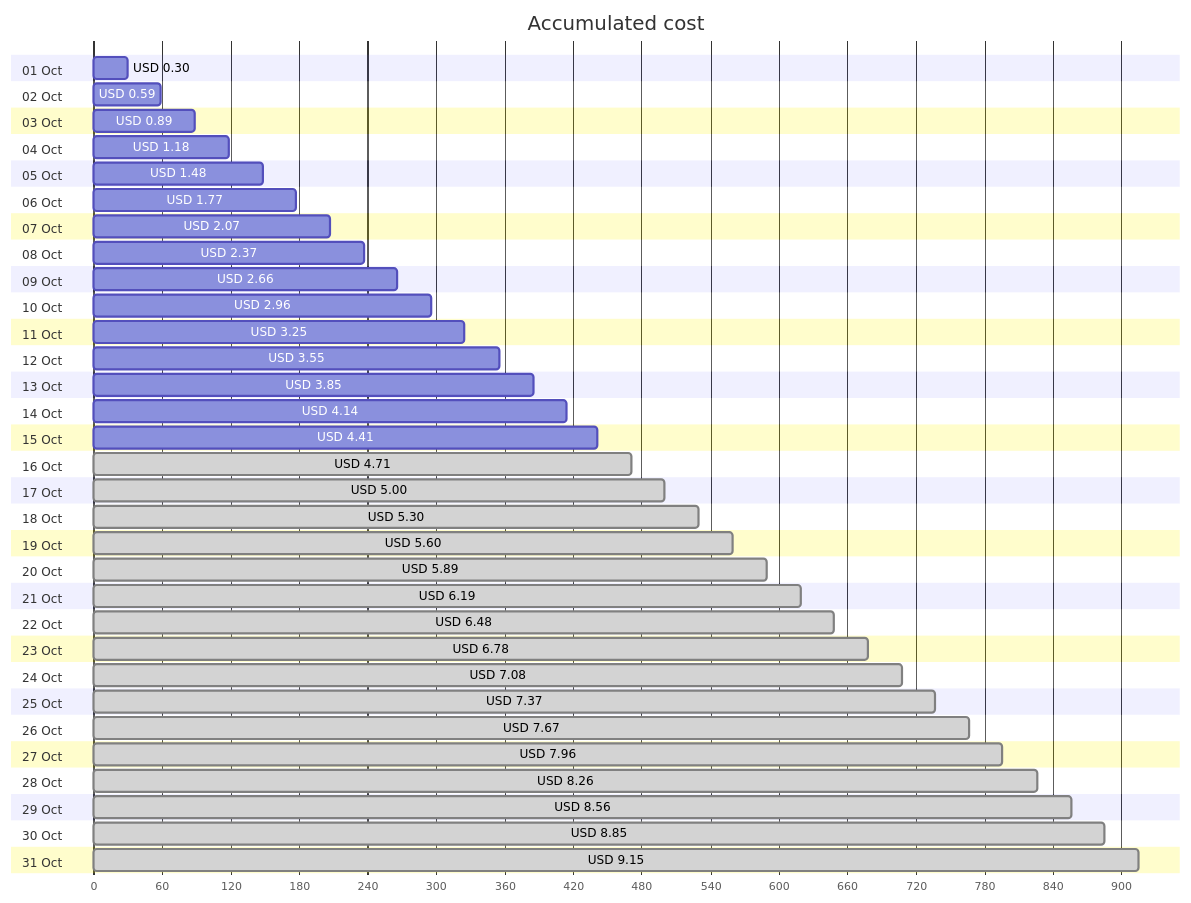
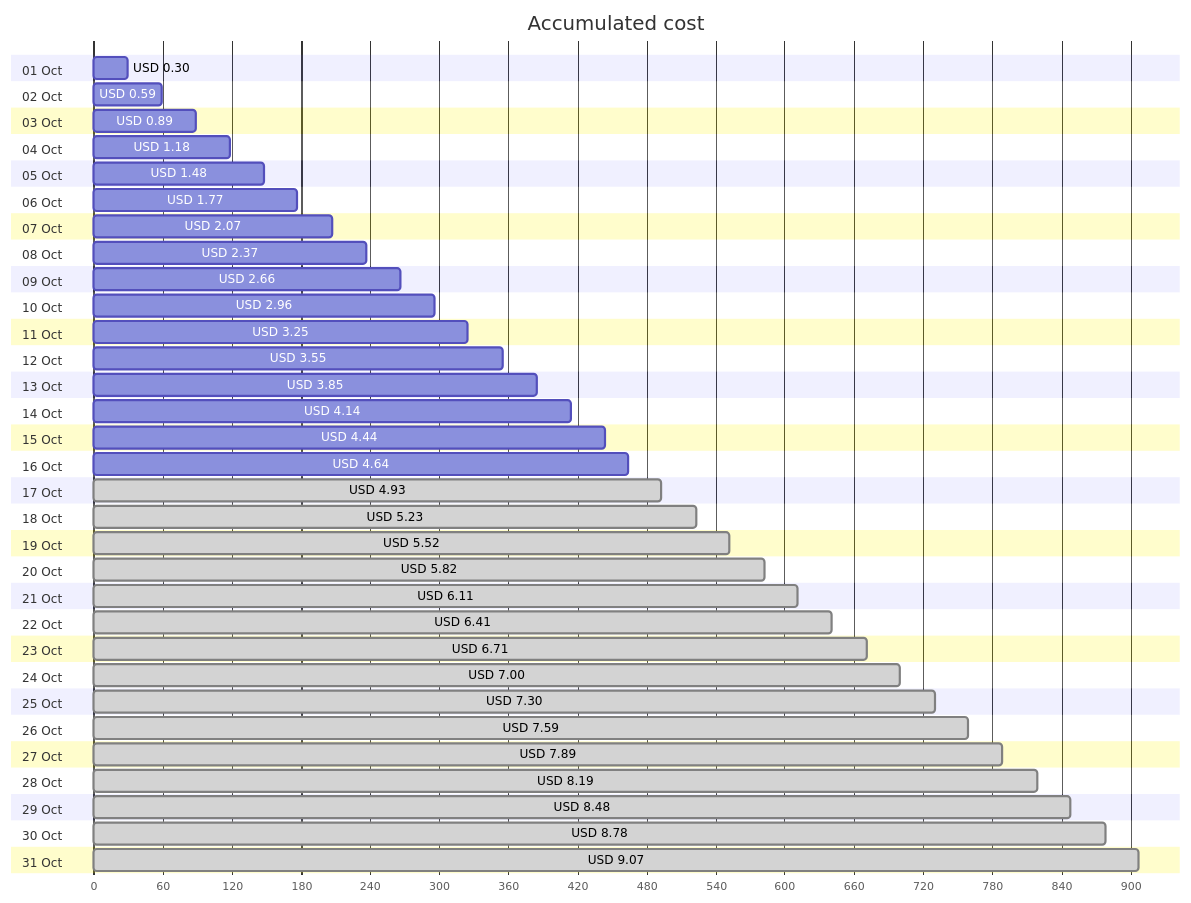
Before and after one commit to jpfulton/azure-personal-reports: the first of 4 diagrams in cost-reports/personal-site/personal-site.md, drawn with Mermaid. The commit also changed other lines of this file and 7 other files, not shown here.

````diff
--- a/cost-reports/personal-site/personal-site.md
+++ b/cost-reports/personal-site/personal-site.md
@@ -20,68 +20,68 @@
 ```mermaid
 gantt
    title Accumulated cost
    dateFormat  X
    axisFormat %s
    section 01 Oct
    USD 0.30 :0, 30
    section 02 Oct
    USD 0.59 :0, 59
    section 03 Oct
    USD 0.89 :0, 89
    section 04 Oct
    USD 1.18 :0, 118
    section 05 Oct
    USD 1.48 :0, 148
    section 06 Oct
    USD 1.77 :0, 177
    section 07 Oct
    USD 2.07 :0, 207
    section 08 Oct
    USD 2.37 :0, 237
    section 09 Oct
    USD 2.66 :0, 266
    section 10 Oct
    USD 2.96 :0, 296
    section 11 Oct
    USD 3.25 :0, 325
    section 12 Oct
    USD 3.55 :0, 355
    section 13 Oct
    USD 3.85 :0, 385
    section 14 Oct
    USD 4.14 :0, 414
    section 15 Oct
-   USD 4.41 :0, 441
+   USD 4.44 :0, 444
    section 16 Oct
-   USD 4.71 : done, 0, 471
+   USD 4.64 :0, 464
    section 17 Oct
-   USD 5.00 : done, 0, 500
+   USD 4.93 : done, 0, 493
    section 18 Oct
-   USD 5.30 : done, 0, 530
+   USD 5.23 : done, 0, 523
    section 19 Oct
-   USD 5.60 : done, 0, 560
+   USD 5.52 : done, 0, 552
    section 20 Oct
-   USD 5.89 : done, 0, 589
+   USD 5.82 : done, 0, 582
    section 21 Oct
-   USD 6.19 : done, 0, 619
+   USD 6.11 : done, 0, 611
    section 22 Oct
-   USD 6.48 : done, 0, 648
+   USD 6.41 : done, 0, 641
    section 23 Oct
-   USD 6.78 : done, 0, 678
+   USD 6.71 : done, 0, 671
    section 24 Oct
-   USD 7.08 : done, 0, 708
+   USD 7.00 : done, 0, 700
    section 25 Oct
-   USD 7.37 : done, 0, 737
+   USD 7.30 : done, 0, 730
    section 26 Oct
-   USD 7.67 : done, 0, 767
+   USD 7.59 : done, 0, 759
    section 27 Oct
-   USD 7.96 : done, 0, 796
+   USD 7.89 : done, 0, 789
    section 28 Oct
-   USD 8.26 : done, 0, 826
+   USD 8.19 : done, 0, 819
    section 29 Oct
-   USD 8.56 : done, 0, 856
+   USD 8.48 : done, 0, 848
    section 30 Oct
-   USD 8.85 : done, 0, 885
+   USD 8.78 : done, 0, 878
    section 31 Oct
-   USD 9.15 : done, 0, 915
+   USD 9.07 : done, 0, 907
 ```
````
